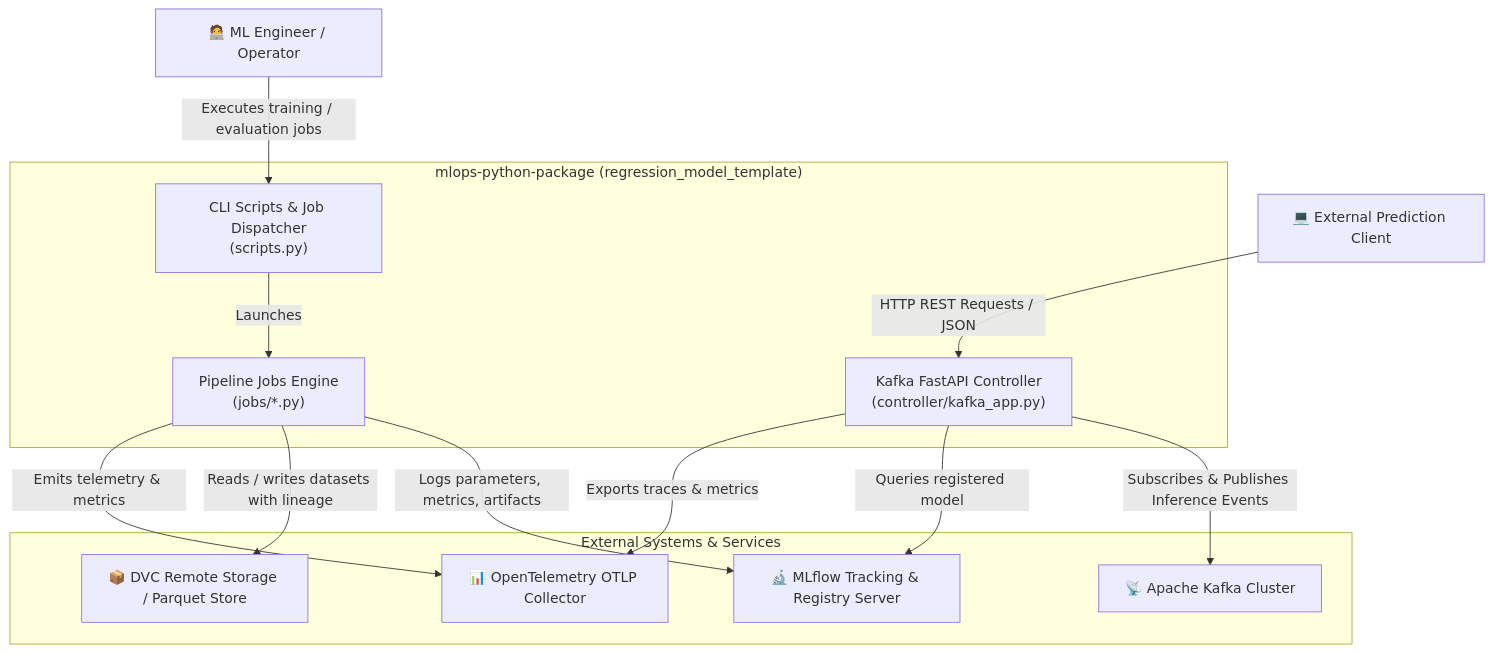
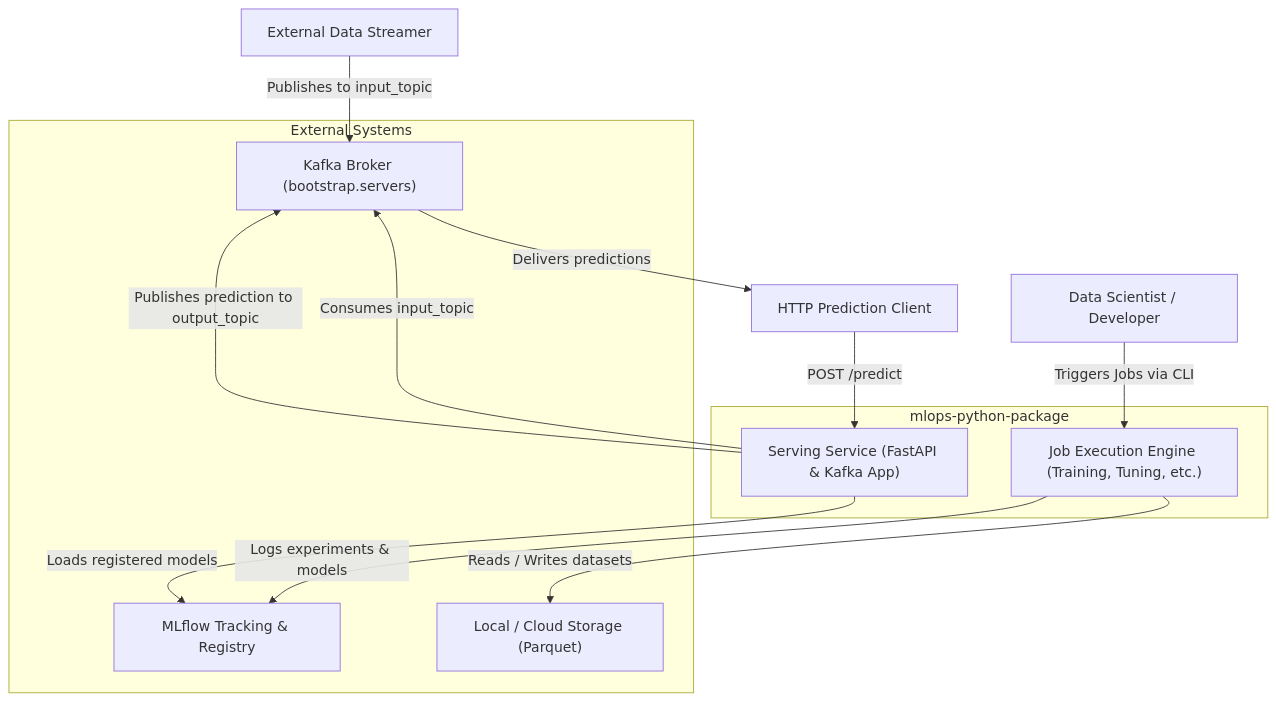
One commit to lgcorzo/mlops-python-package changed the diagram in openwiki/architecture/system_context.md. Above: the diagram before and after it, drawn with Mermaid. The commit also changed other lines of this file and 40 other files, not shown here.

````diff
--- a/openwiki/architecture/system_context.md
+++ b/openwiki/architecture/system_context.md
@@ -18,29 +20,24 @@
 ```mermaid
 graph TD
-    user["🧑‍💻 ML Engineer / Operator"]
-    client["💻 External Prediction Client"]
-    
-    subgraph MLOps Package Boundaries ["mlops-python-package (regression_model_template)"]
-        cli["CLI Scripts & Job Dispatcher<br/>(scripts.py)"]
-        jobs["Pipeline Jobs Engine<br/>(jobs/*.py)"]
-        kafka_service["Kafka FastAPI Controller<br/>(controller/kafka_app.py)"]
-    end
-    
-    subgraph External Systems & Services
-        mlflow["🔬 MLflow Tracking & Registry Server"]
-        dvc["📦 DVC Remote Storage / Parquet Store"]
-        kafka["📡 Apache Kafka Cluster"]
-        otel["📊 OpenTelemetry OTLP Collector"]
+    subgraph "External Systems"
+        MLflow["MLflow Tracking & Registry"]
+        Kafka["Kafka Broker (bootstrap.servers)"]
+        FS["Local / Cloud Storage (Parquet)"]
     end
 
-    user -->|"Executes training / evaluation jobs"| cli
-    cli -->|"Launches"| jobs
-    jobs -->|"Logs parameters, metrics, artifacts"| mlflow
-    jobs -->|"Reads / writes datasets with lineage"| dvc
-    jobs -->|"Emits telemetry & metrics"| otel
-    
-    client -->|"HTTP REST Requests / JSON"| kafka_service
-    kafka_service -->|"Subscribes & Publishes Inference Events"| kafka
-    kafka_service -->|"Queries registered model"| mlflow
-    kafka_service -->|"Exports traces & metrics"| otel
+    subgraph "mlops-python-package"
+        Jobs["Job Execution Engine (Training, Tuning, etc.)"]
+        Serving["Serving Service (FastAPI & Kafka App)"]
+    end
+
+    Developer["Data Scientist / Developer"] -- "Triggers Jobs via CLI" --> Jobs
+    HTTPClient["HTTP Prediction Client"] -- "POST /predict" --> Serving
+    KafkaProducer["External Data Streamer"] -- "Publishes to input_topic" --> Kafka
+
+    Jobs -- "Logs experiments & models" --> MLflow
+    Jobs -- "Reads / Writes datasets" --> FS
+    Serving -- "Loads registered models" --> MLflow
+    Serving -- "Consumes input_topic" --> Kafka
+    Serving -- "Publishes prediction to output_topic" --> Kafka
+    Kafka -- "Delivers predictions" --> HTTPClient
 ```
````
